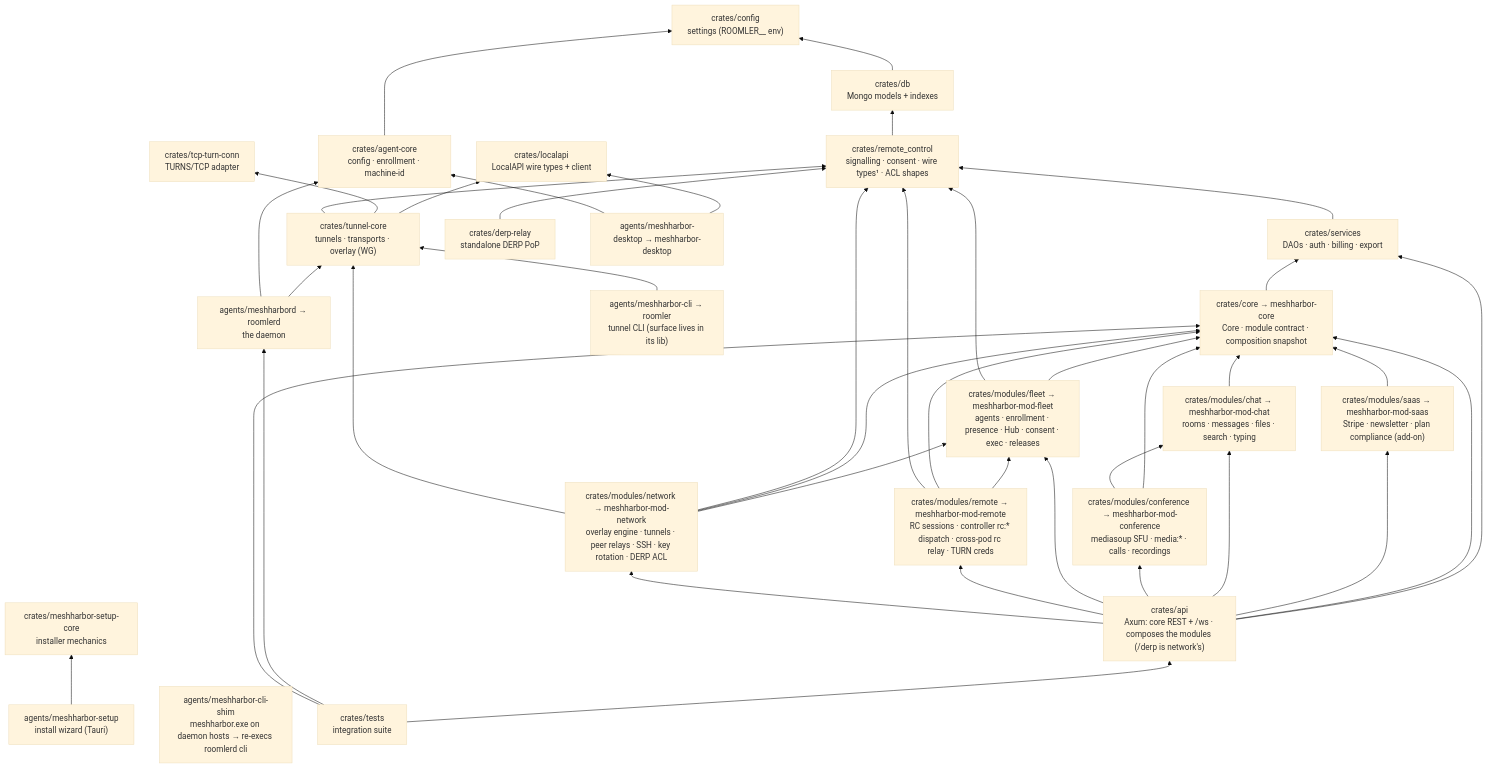
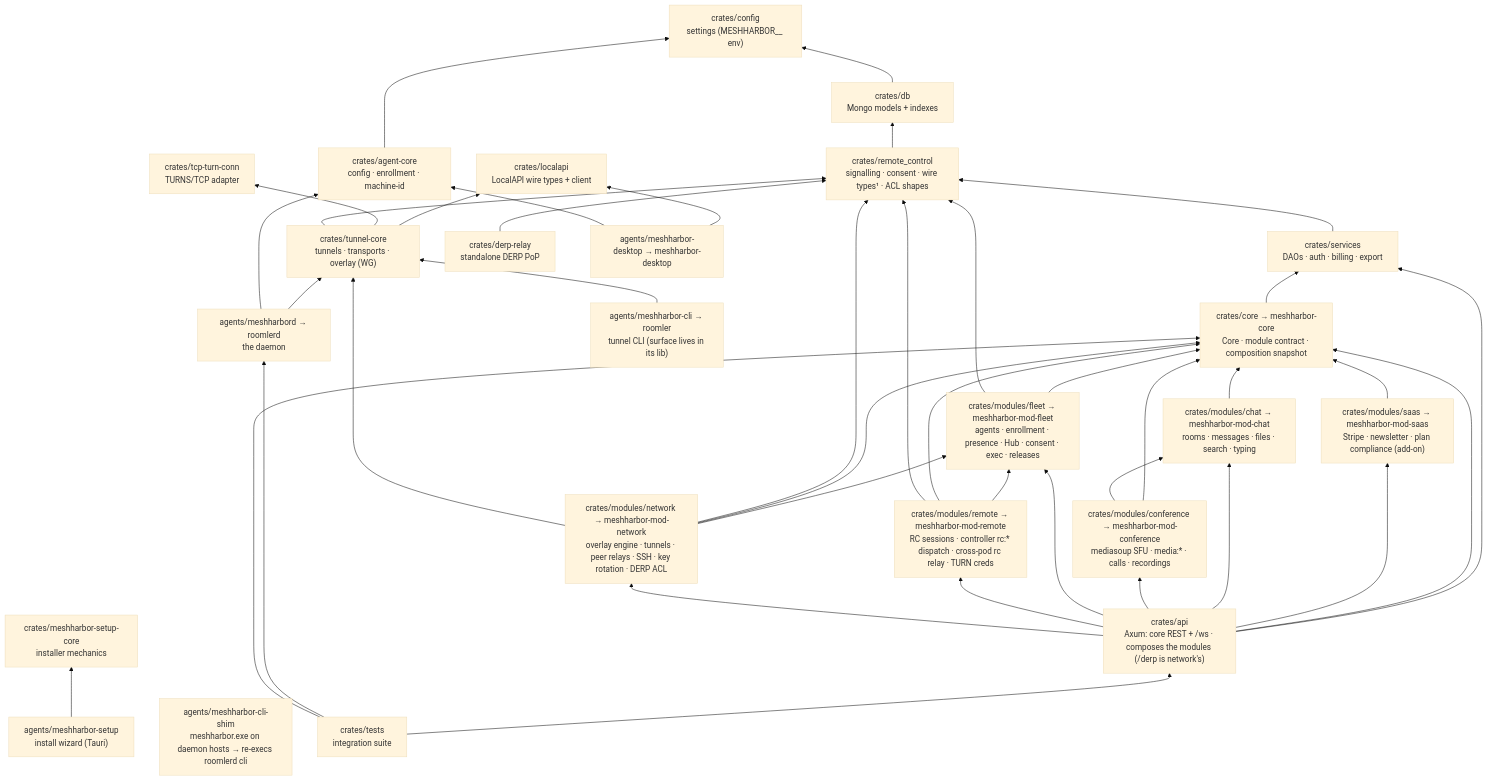
One commit to jk-zhang-meta/MeshHarbor changed the third of 4 diagrams in docs/architecture.md. Above: the diagram before and after it, drawn with Mermaid (base theme). The commit also changed 730 other files, not shown here.

First line of the commit message:
rename(3/5): env vars, config keys, DB names, wire strings, KDF labels

````diff
--- a/docs/architecture.md
+++ b/docs/architecture.md
@@ -100,50 +100,50 @@
 ```mermaid
 flowchart BT
-    config["crates/config<br/>settings (ROOMLER__ env)"]
+    config["crates/config<br/>settings (MESHHARBOR__ env)"]
     db["crates/db<br/>Mongo models + indexes"]
     core["crates/core → meshharbor-core<br/>Core · module contract · composition snapshot"]
     saas["crates/modules/saas → meshharbor-mod-saas<br/>Stripe · newsletter · plan compliance (add-on)"]
     chat["crates/modules/chat → meshharbor-mod-chat<br/>rooms · messages · files · search · typing"]
     conference["crates/modules/conference → meshharbor-mod-conference<br/>mediasoup SFU · media:* · calls · recordings"]
     fleet["crates/modules/fleet → meshharbor-mod-fleet<br/>agents · enrollment · presence · Hub · consent · exec · releases"]
     remote["crates/modules/remote → meshharbor-mod-remote<br/>RC sessions · controller rc:* dispatch · cross-pod rc relay · TURN creds"]
     network["crates/modules/network → meshharbor-mod-network<br/>overlay engine · tunnels · peer relays · SSH · key rotation · DERP ACL"]
     rc["crates/remote_control<br/>signalling · consent · wire types¹ · ACL shapes"]
     services["crates/services<br/>DAOs · auth · billing · export"]
     api["crates/api<br/>Axum: core REST + /ws · composes the modules (/derp is network's)"]
     tests["crates/tests<br/>integration suite"]
 
     localapi["crates/localapi<br/>LocalAPI wire types + client"]
     agentcore["crates/agent-core<br/>config · enrollment · machine-id"]
     tunnelcore["crates/tunnel-core<br/>tunnels · transports · overlay (WG)"]
     tcpturn["crates/tcp-turn-conn<br/>TURNS/TCP adapter"]
     derprelay["crates/derp-relay<br/>standalone DERP PoP"]
     setupcore["crates/meshharbor-setup-core<br/>installer mechanics"]
 
     roomlerd["agents/meshharbord → roomlerd<br/>the daemon"]
     tunnel["agents/meshharbor-cli → roomler<br/>tunnel CLI (surface lives in its lib)"]
     shim["agents/meshharbor-cli-shim<br/>meshharbor.exe on daemon hosts → re-execs roomlerd cli"]
     tray["agents/meshharbor-desktop → meshharbor-desktop"]
     setup["agents/meshharbor-setup<br/>install wizard (Tauri)"]
 
     db --> config
     core --> services
     saas --> core
     chat --> core
     conference --> core & chat
     fleet --> core & rc
     remote --> fleet & core & rc
     network --> fleet & core & rc & tunnelcore
     rc --> db
     services --> rc
     api --> services & core & saas & chat & conference & fleet & remote & network
     tests --> api & roomlerd & core
 
     tunnelcore --> localapi & tcpturn & rc
     agentcore --> config
     roomlerd --> tunnelcore & agentcore
     tunnel --> tunnelcore
     tray --> localapi & agentcore
     setup --> setupcore
     derprelay --> rc
 ```
````
